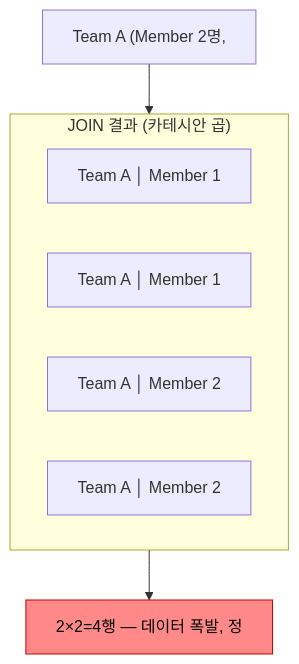
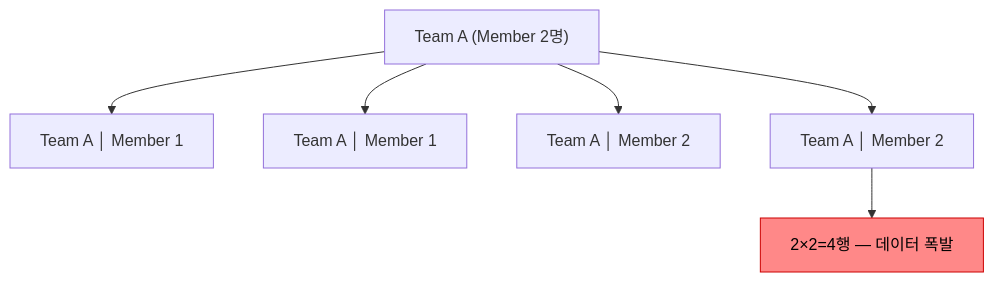
Before and after one commit to yjkim2015/yjkim2015.github.io: the fifth of 6 diagrams in _posts/jpa/2026-05-01-jpa-n-plus-1.md, drawn with Mermaid. The commit also changed other lines of this file and 155 other files, not shown here.

First line of the commit message:
Mermaid 전면 수정: subgraph 제거, participant/노드/줄수 축소 (342블록)

````diff
--- a/_posts/jpa/2026-05-01-jpa-n-plus-1.md
+++ b/_posts/jpa/2026-05-01-jpa-n-plus-1.md
@@ -510,13 +508,11 @@
 ```mermaid
 graph TD
-    TA["Team A (Member 2명,"]
-    subgraph JOIN["JOIN 결과 (카테시안 곱)"]
-        R1["Team A │ Member 1"]
-        R2["Team A │ Member 1"]
-        R3["Team A │ Member 2"]
-        R4["Team A │ Member 2"]
-    end
-    TA --> JOIN
-    JOIN --> PROB["2×2=4행 — 데이터 폭발, 정"]
+    TA["Team A (Member 2명)"]
+    R1["Team A │ Member 1"]
+    R2["Team A │ Member 1"]
+    R3["Team A │ Member 2"]
+    R4["Team A │ Member 2"]
+    TA --> R1 & R2 & R3 & R4
+    R4 --> PROB["2×2=4행 — 데이터 폭발"]
     style PROB fill:#f88,stroke:#c00,color:#000
 ```
````
